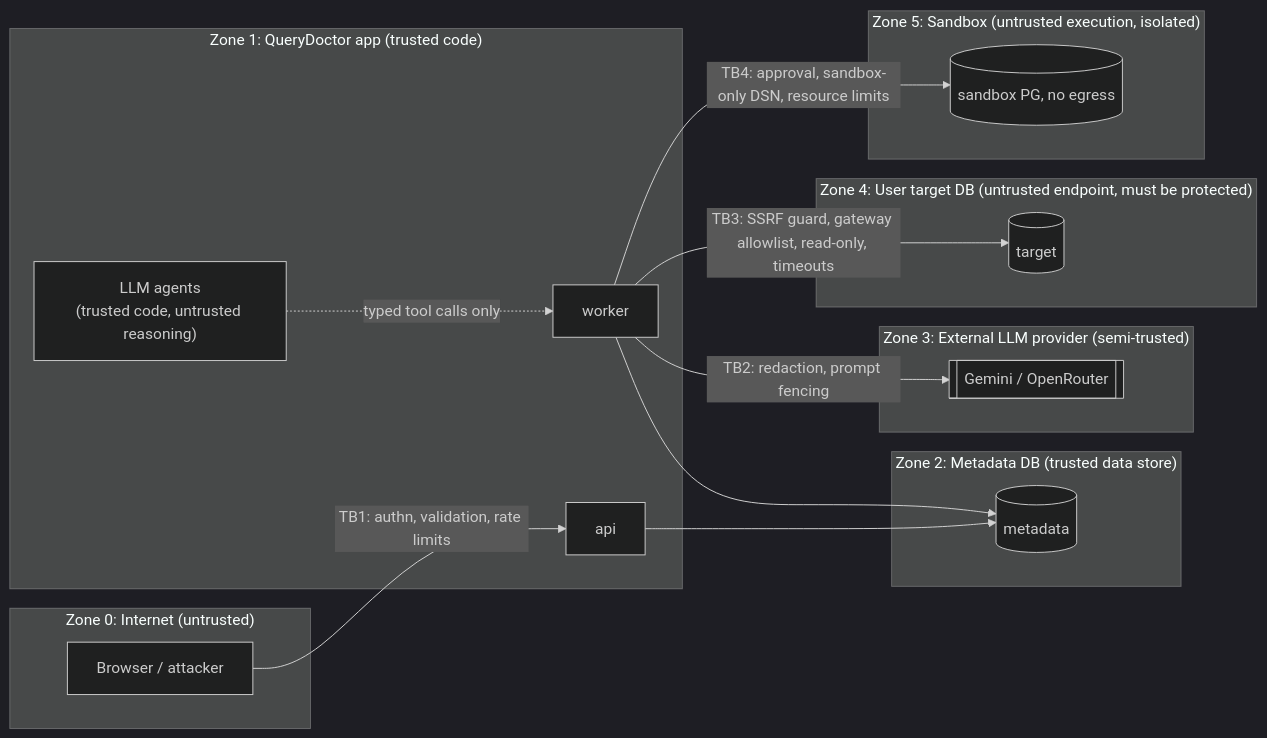
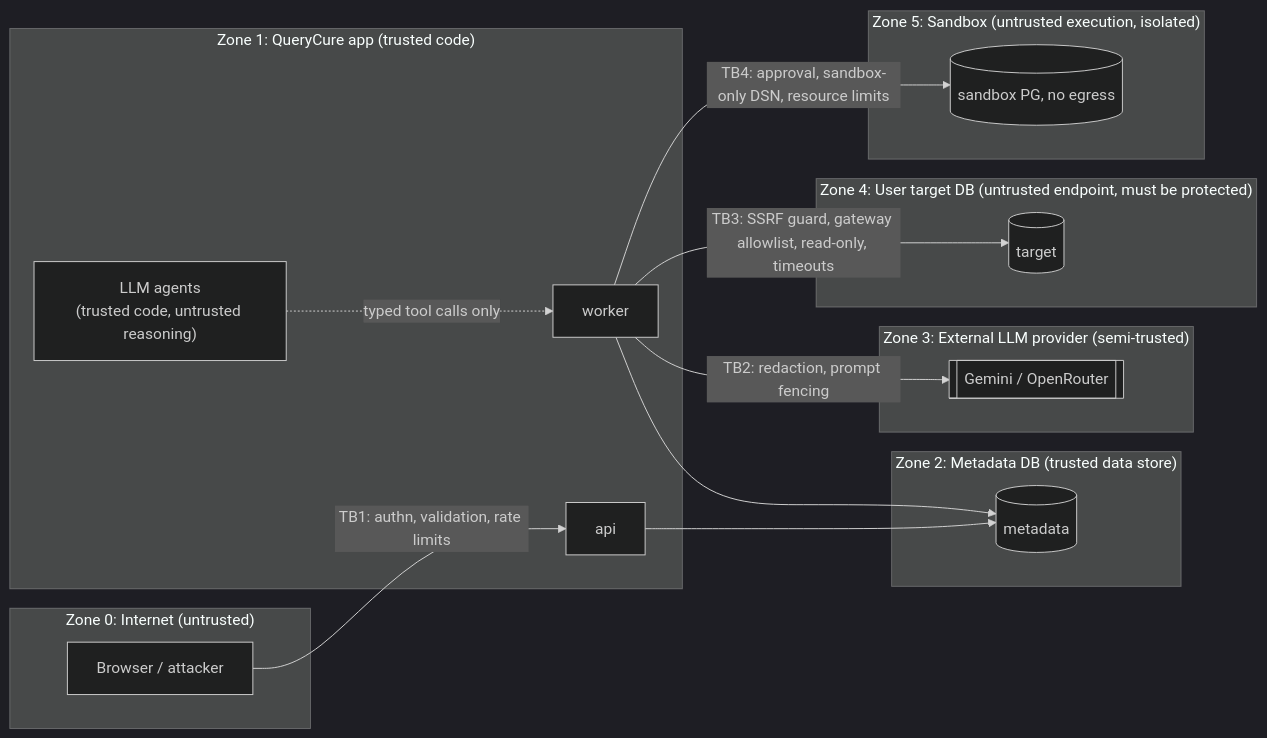
Before and after one commit to yuvrajsatyapal/QueryCure: the diagram in docs/architecture/SECURITY.md, drawn with Mermaid (dark theme). The commit also changed other lines of this file and 189 other files, not shown here.

First line of the commit message:
refactor: rename project QueryDoctor AI -> QueryCure everywhere

````diff
--- a/docs/architecture/SECURITY.md
+++ b/docs/architecture/SECURITY.md
@@ -18,31 +18,31 @@
 ```mermaid
 flowchart LR
   subgraph Z0["Zone 0: Internet (untrusted)"]
     B[Browser / attacker]
   end
-  subgraph Z1["Zone 1: QueryDoctor app (trusted code)"]
+  subgraph Z1["Zone 1: QueryCure app (trusted code)"]
     API[api]
     WK[worker]
     AG["LLM agents<br/>(trusted code, untrusted reasoning)"]
   end
   subgraph Z2["Zone 2: Metadata DB (trusted data store)"]
     MDB[(metadata)]
   end
   subgraph Z3["Zone 3: External LLM provider (semi-trusted)"]
     LLM[[Gemini / OpenRouter]]
   end
   subgraph Z4["Zone 4: User target DB (untrusted endpoint, must be protected)"]
     TDB[(target)]
   end
   subgraph Z5["Zone 5: Sandbox (untrusted execution, isolated)"]
     SDB[(sandbox PG, no egress)]
   end
 
   B -- "TB1: authn, validation, rate limits" --> API
   API --> MDB
   WK --> MDB
   WK -- "TB2: redaction, prompt fencing" --> LLM
   AG -. "typed tool calls only" .-> WK
   WK -- "TB3: SSRF guard, gateway allowlist, read-only, timeouts" --> TDB
   WK -- "TB4: approval, sandbox-only DSN, resource limits" --> SDB
 ```
````
